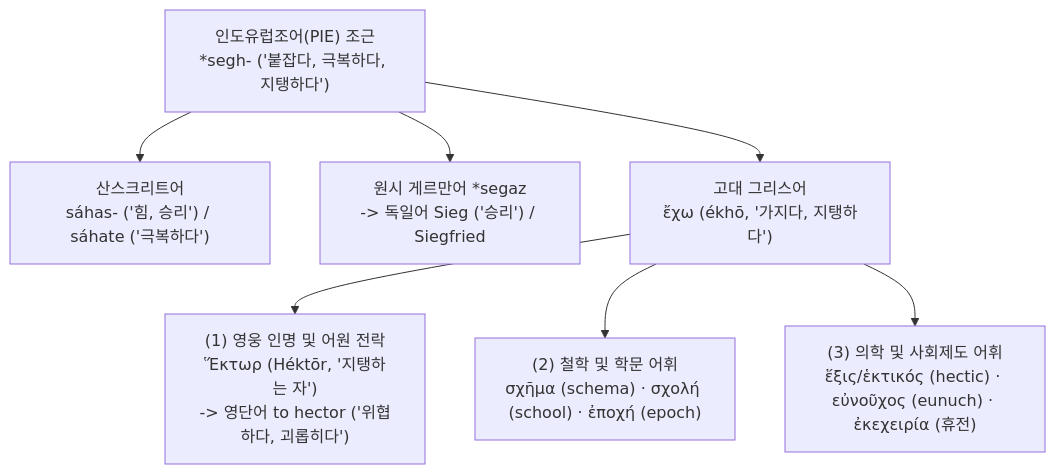
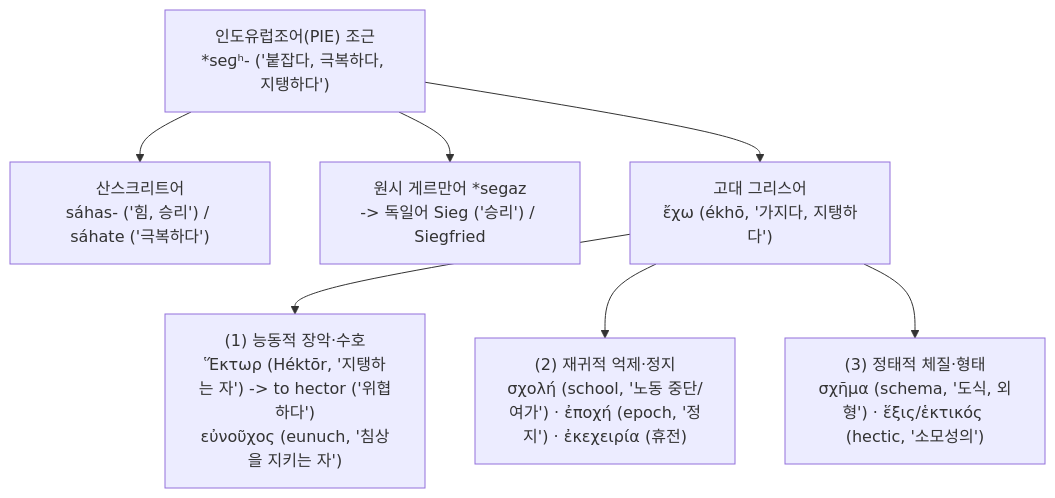
The first of 2 diagrams in words/word-hector.md (YgHnSIM/Homer_wiki), drawn with Mermaid before and after one commit. The commit also changed other lines of this file and 3 other files, not shown here.

````diff
--- a/words/word-hector.md
+++ b/words/word-hector.md
@@ -47,12 +47,12 @@
 ```mermaid
 flowchart TD
-    PIE["인도유럽조어(PIE) 조근<br/>*segh- ('붙잡다, 극복하다, 지탱하다')"]
+    PIE["인도유럽조어(PIE) 조근<br/>*seɡʰ- ('붙잡다, 극복하다, 지탱하다')"]
 
     PIE --> SKT["산스크리트어<br/>sáhas- ('힘, 승리') / sáhate ('극복하다')"]
     PIE --> GER["원시 게르만어 *segaz<br/>-> 독일어 Sieg ('승리') / Siegfried"]
     PIE --> GRK["고대 그리스어<br/>ἔχω (ékhō, '가지다, 지탱하다')"]
 
-    GRK --> B1["(1) 영웅 인명 및 어원 전락<br/>Ἕκτωρ (Héktōr, '지탱하는 자')<br/>-> 영단어 to hector ('위협하다, 괴롭히다')"]
-    GRK --> B2["(2) 철학 및 학문 어휘<br/>σχῆμα (schema) · σχολή (school) · ἐποχή (epoch)"]
-    GRK --> B3["(3) 의학 및 사회제도 어휘<br/>ἕξις/ἑκτικός (hectic) · εὐνοῦχος (eunuch) · ἐκεχειρία (휴전)"]
+    GRK --> B1["(1) 능동적 장악·수호<br/>Ἕκτωρ (Héktōr, '지탱하는 자') -> to hector ('위협하다')<br/>εὐνοῦχος (eunuch, '침상을 지키는 자')"]
+    GRK --> B2["(2) 재귀적 억제·정지<br/>σχολή (school, '노동 중단/여가') · ἐποχή (epoch, '정지') · ἐκεχειρία (휴전)"]
+    GRK --> B3["(3) 정태적 체질·형태<br/>σχῆμα (schema, '도식, 외형') · ἕξις/ἑκτικός (hectic, '소모성의')"]
 ```
````
